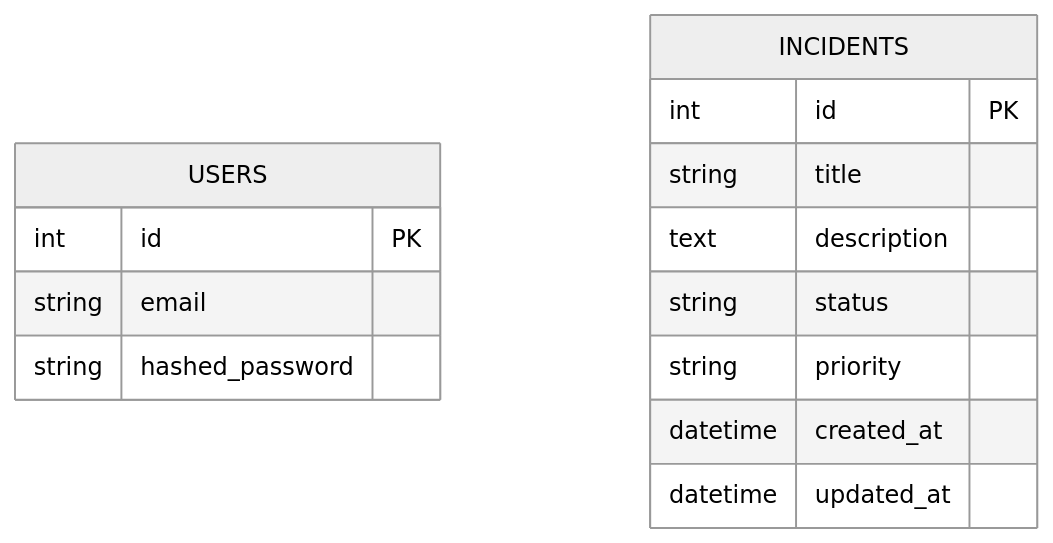
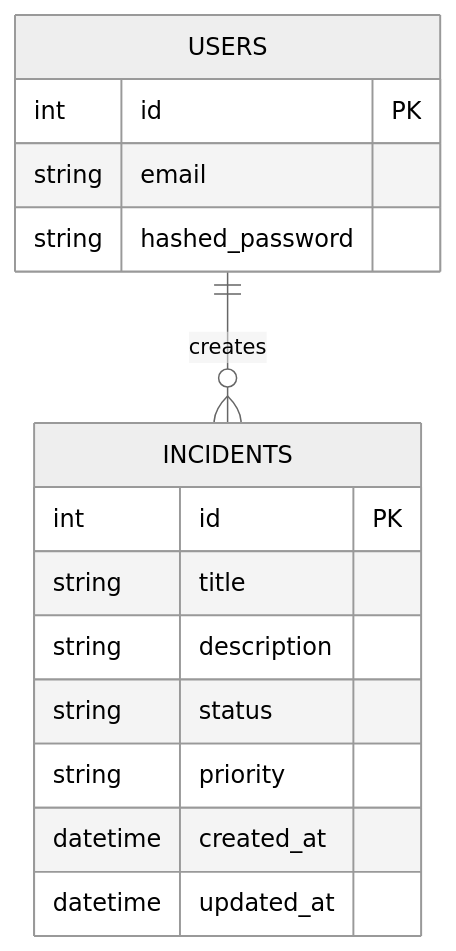
Before and after one commit to shaktisaxena-dev/Lite-Dispatch: the second of 2 diagrams in system_design.md, drawn with Mermaid (neutral theme). The commit also changed other lines of this file and 1 other file, not shown here.

````diff
--- a/system_design.md
+++ b/system_design.md
@@ -29,18 +29,20 @@
 ```mermaid
 erDiagram
+    USERS ||--o{ INCIDENTS : creates
+
     USERS {
         int id PK
         string email
         string hashed_password
     }
     
     INCIDENTS {
         int id PK
         string title
-        text description
+        string description
         string status
         string priority
         datetime created_at
         datetime updated_at
     }
 ```
````
